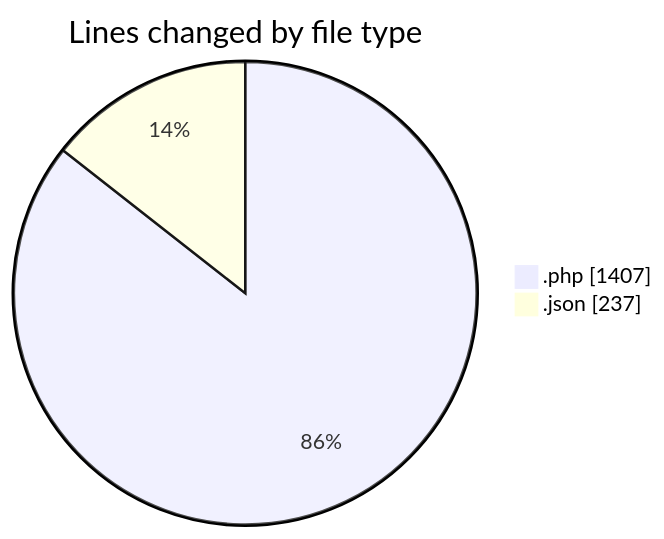
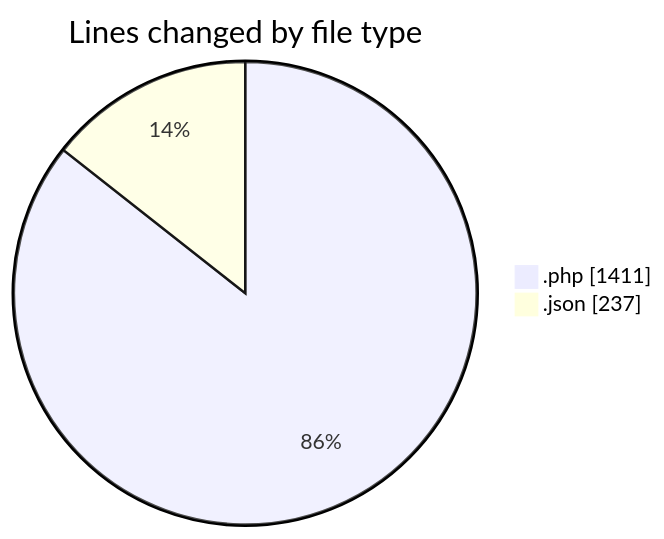
Before and after one commit to idhammustaqopulfikri/code-tracking: the first of 2 diagrams in 2025-06-20/studio-backend/README.md, drawn with Mermaid. The commit also changed other lines of this file and 1 other file, not shown here.

````diff
--- a/2025-06-20/studio-backend/README.md
+++ b/2025-06-20/studio-backend/README.md
@@ -22,6 +22,6 @@
 ```mermaid
 pie showData
 title Lines changed by file type
-".php" : 1407
+".php" : 1411
 ".json" : 237
 ```
````
